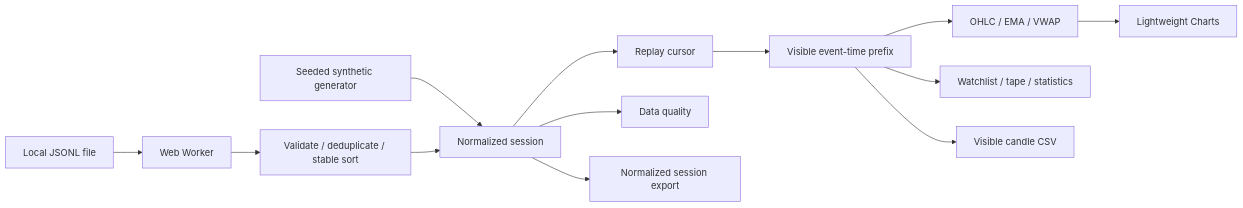
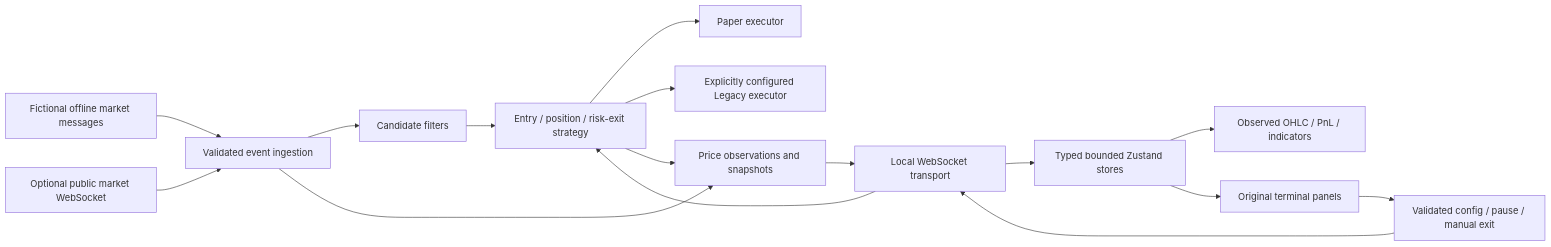
The diagram in docs/ARCHITECTURE.md (lamarcaale754-blip/bigal-terminal-lab), drawn with Mermaid before and after one commit. The commit also changed other lines of this file and 85 other files, not shown here.

Commit message:
Restore original terminal UI and runnable Python strategy

````diff
--- a/docs/ARCHITECTURE.md
+++ b/docs/ARCHITECTURE.md
@@ -3,15 +3,18 @@
 ```mermaid
 flowchart LR
-  Demo[Seeded synthetic generator] --> Session[Normalized session]
-  File[Local JSONL file] --> Worker[Web Worker]
-  Worker --> Validate[Validate / deduplicate / stable sort]
-  Validate --> Session
-  Session --> Clock[Replay cursor]
-  Clock --> Prefix[Visible event-time prefix]
-  Prefix --> Candles[OHLC / EMA / VWAP]
-  Prefix --> Panels[Watchlist / tape / statistics]
-  Candles --> Chart[Lightweight Charts]
-  Session --> Quality[Data quality]
-  Prefix --> CSV[Visible candle CSV]
-  Session --> JSONL[Normalized session export]
+  Fixture[Fictional offline market messages] --> Ingest[Validated event ingestion]
+  Public[Optional public market WebSocket] --> Ingest
+  Ingest --> Candidates[Candidate filters]
+  Candidates --> Strategy[Entry / position / risk-exit strategy]
+  Strategy --> Paper[Paper executor]
+  Strategy --> Legacy[Explicitly configured Legacy executor]
+  Ingest --> Frames[Price observations and snapshots]
+  Strategy --> Frames
+  Frames --> WS[Local WebSocket transport]
+  WS --> Store[Typed bounded Zustand stores]
+  Store --> Charts[Observed OHLC / PnL / indicators]
+  Store --> Panels[Original terminal panels]
+  Panels --> Commands[Validated config / pause / manual exit]
+  Commands --> WS
+  WS --> Strategy
 ```
````
